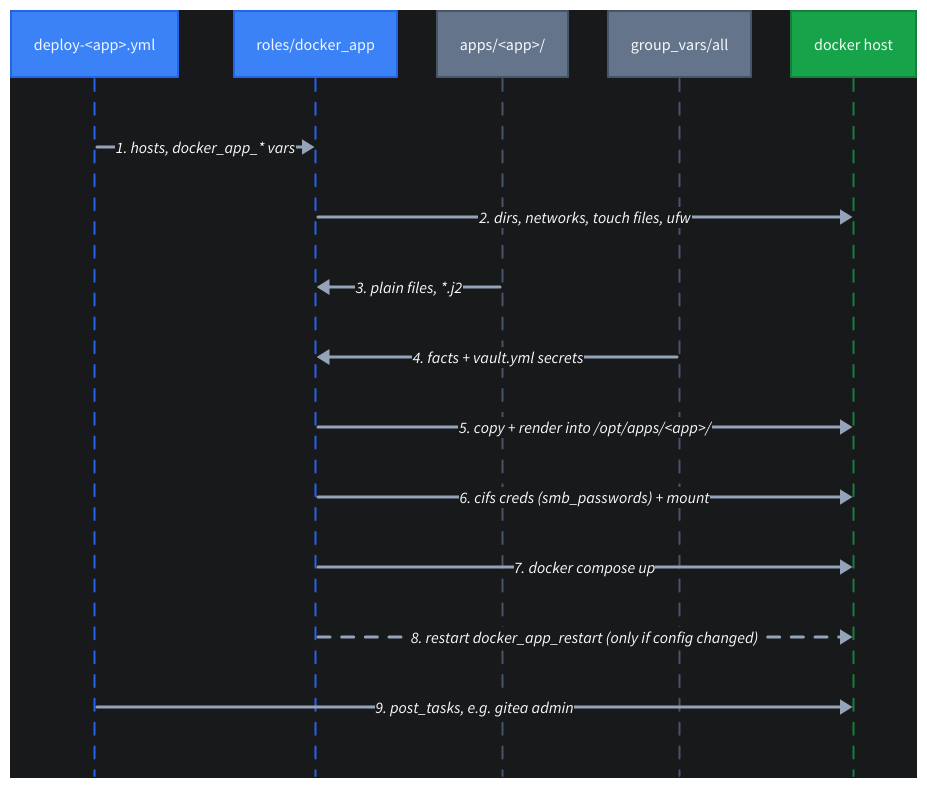
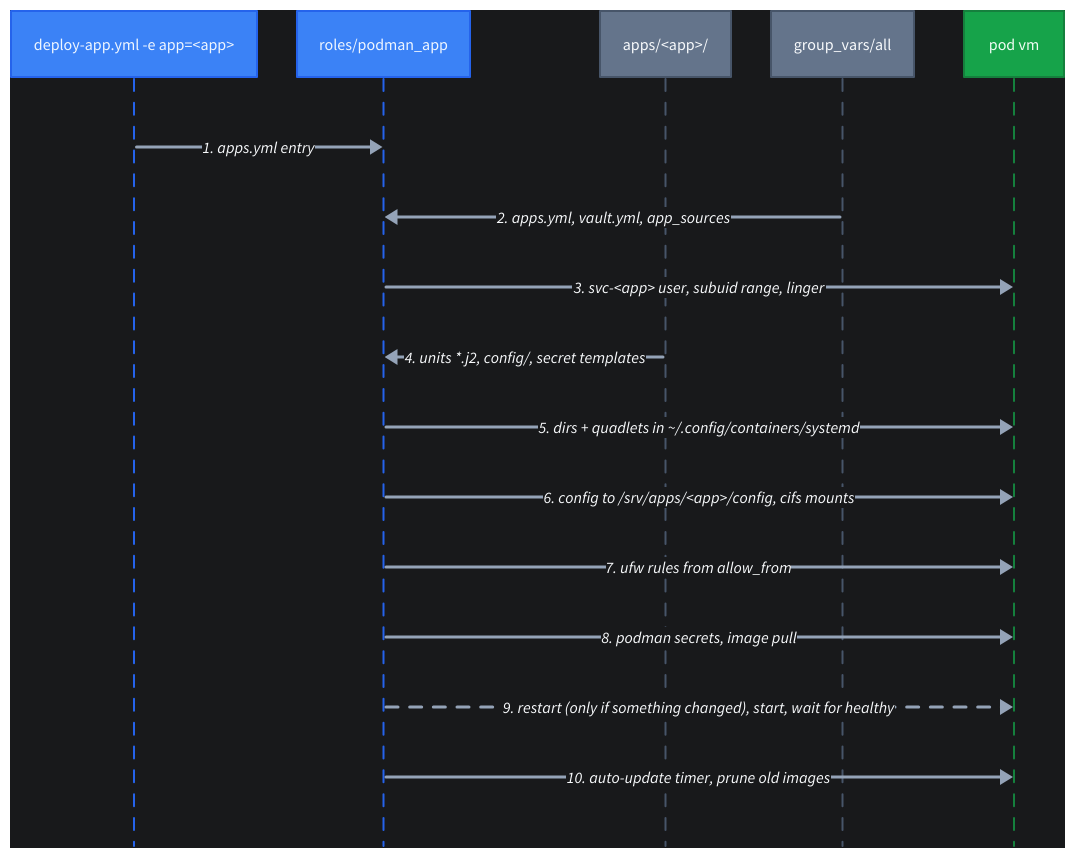
One commit to yaml-0x74696d/homelab changed the diagram in docs/diagrams/deploy-app.d2. Above: the diagram before and after it, drawn with D2. The commit also changed 105 other files, not shown here.

```diff
--- a/docs/diagrams/deploy-app.d2
+++ b/docs/diagrams/deploy-app.d2
@@ -1,31 +1,32 @@
-# docker_app deploy flow. `just diagrams` renders it to docs/img/deploy-app.svg
+# podman_app deploy flow. `just diagrams` renders it to docs/img/deploy-app.svg
 # colours from likec4: blue = ansible code, slate = inputs, green (c4 accent) = target
 shape: sequence_diagram
 style.fill: "#18191b"   # likec4 dark canvas
 
 classes: {
   code: {style: {fill: "#3b82f6"; stroke: "#2563eb"; font-color: "#eff6ff"}}
   input: {style: {fill: "#64748b"; stroke: "#475569"; font-color: "#f8fafc"}}
   target: {style: {fill: "#16a34a"; stroke: "#15803d"; font-color: "#f0fdf4"}}
 }
 (* -> *)[*].style: {
   stroke: "#94a3b8"
   stroke-width: 3
   font-color: "#f8fafc"
 }
 
-pb: "deploy-<app>.yml" {class: code}
-role: "roles/docker_app" {class: code}
+pb: "deploy-app.yml -e app=<app>" {class: code}
+role: "roles/podman_app" {class: code}
 src: "apps/<app>/" {class: input}
 facts: "group_vars/all" {class: input}
-host: "docker host" {class: target}
+host: "pod vm" {class: target}
 
-pb -> role: "1. hosts, docker_app_* vars"
-role -> host: "2. dirs, networks, touch files, ufw"
-src -> role: "3. plain files, *.j2"
-facts -> role: "4. facts + vault.yml secrets"
-role -> host: "5. copy + render into /opt/apps/<app>/"
-role -> host: "6. cifs creds (smb_passwords) + mount"
-role -> host: "7. docker compose up"
-role -> host: "8. restart docker_app_restart (only if config changed)" {style.stroke-dash: 4}
-pb -> host: "9. post_tasks, e.g. gitea admin"
+pb -> role: "1. apps.yml entry"
+facts -> role: "2. apps.yml, vault.yml, app_sources"
+role -> host: "3. svc-<app> user, subuid range, linger"
+src -> role: "4. units *.j2, config/, secret templates"
+role -> host: "5. dirs + quadlets in ~/.config/containers/systemd"
+role -> host: "6. config to /srv/apps/<app>/config, cifs mounts"
+role -> host: "7. ufw rules from allow_from"
+role -> host: "8. podman secrets, image pull"
+role -> host: "9. restart (only if something changed), start, wait for healthy" {style.stroke-dash: 4}
+role -> host: "10. auto-update timer, prune old images"
```
